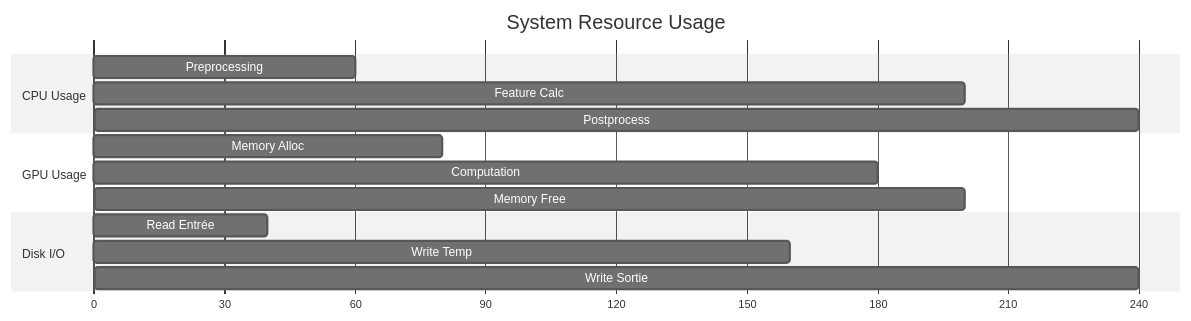
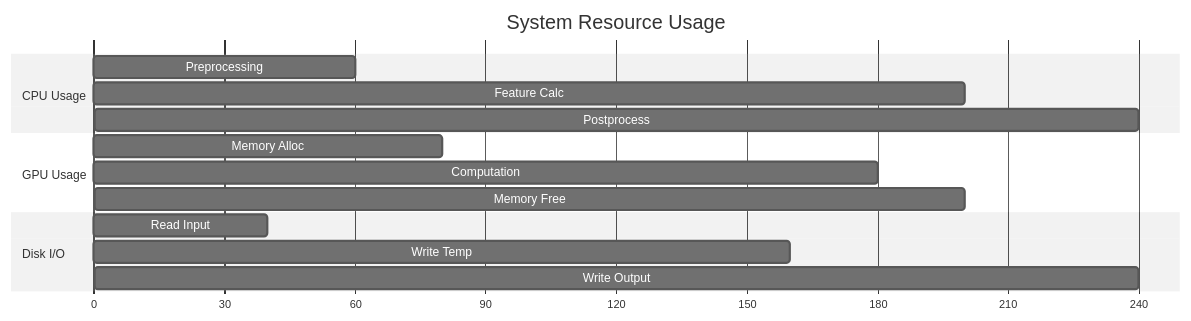
One commit to sducournau/IGN_LIDAR_HD_DATASET changed the eighth of 12 diagrams in website/i18n/fr/docusaurus-plugin-content-docs/current/mermaid-reference.md. Above: the diagram before and after it, drawn with Mermaid (neutral theme). The commit also changed other lines of this file and 145 other files, not shown here.

````diff
--- a/website/i18n/fr/docusaurus-plugin-content-docs/current/mermaid-reference.md
+++ b/website/i18n/fr/docusaurus-plugin-content-docs/current/mermaid-reference.md
@@ -165,21 +174,21 @@
 ```mermaid
 gantt
     title System Resource Usage
     dateFormat X
     axisFormat %s
 
     section CPU Usage
     Preprocessing :0, 60
     Feature Calc  :40, 200
     Postprocess   :180, 240
 
     section GPU Usage
     Memory Alloc  :60, 80
     Computation   :80, 180
     Memory Free   :180, 200
 
     section Disk I/O
-    Read Entrée    :0, 40
+    Read Input    :0, 40
     Write Temp    :40, 160
-    Write Sortie  :160, 240
+    Write Output  :160, 240
 ```
````
